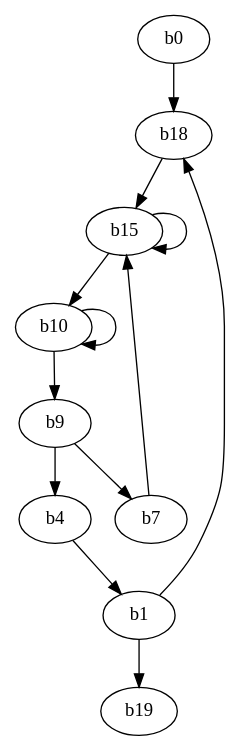
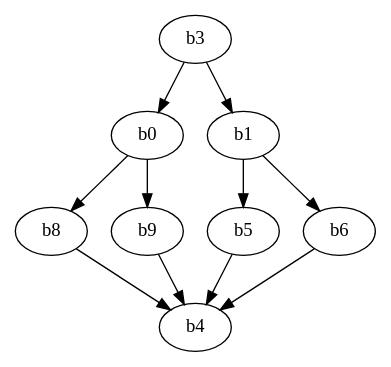
One commit to JoelWAnna/MiniOptimizingCompiler changed the diagram in MiniOptIm3/after.dot. Above: the diagram before and after it, drawn with Graphviz. The commit also changed 16 other files, not shown here.

```diff
--- a/MiniOptIm3/after.dot
+++ b/MiniOptIm3/after.dot
@@ -1,15 +1,13 @@
 digraph MIL {
-  b0;
-  b0 -> b18;
-  b1 -> b18;
-  b18 -> b15;
-  b15 -> b15;
-  b7 -> b15;
-  b15 -> b10;
-  b10 -> b10;
-  b10 -> b9;
+  b3;
+  b3 -> b0;
+  b0 -> b8;
+  b0 -> b9;
+  b3 -> b1;
+  b1 -> b5;
+  b1 -> b6;
+  b8 -> b4;
   b9 -> b4;
-  b4 -> b1;
-  b1 -> b19;
-  b9 -> b7;
+  b5 -> b4;
+  b6 -> b4;
 }
```
